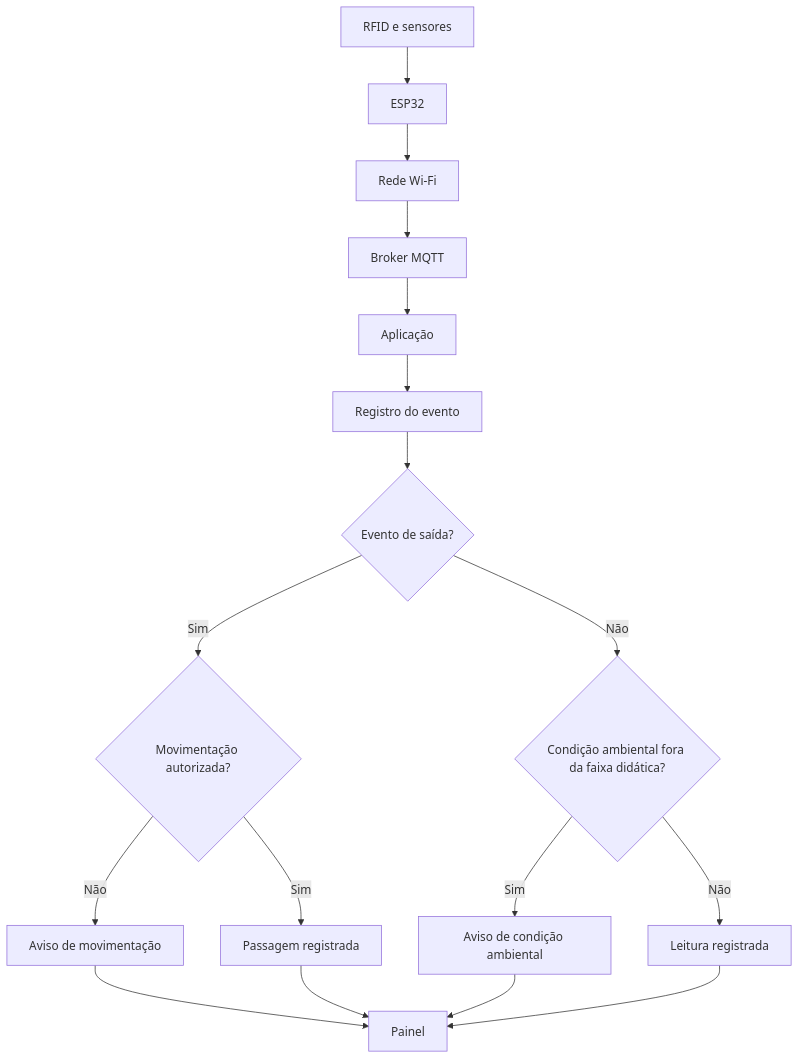
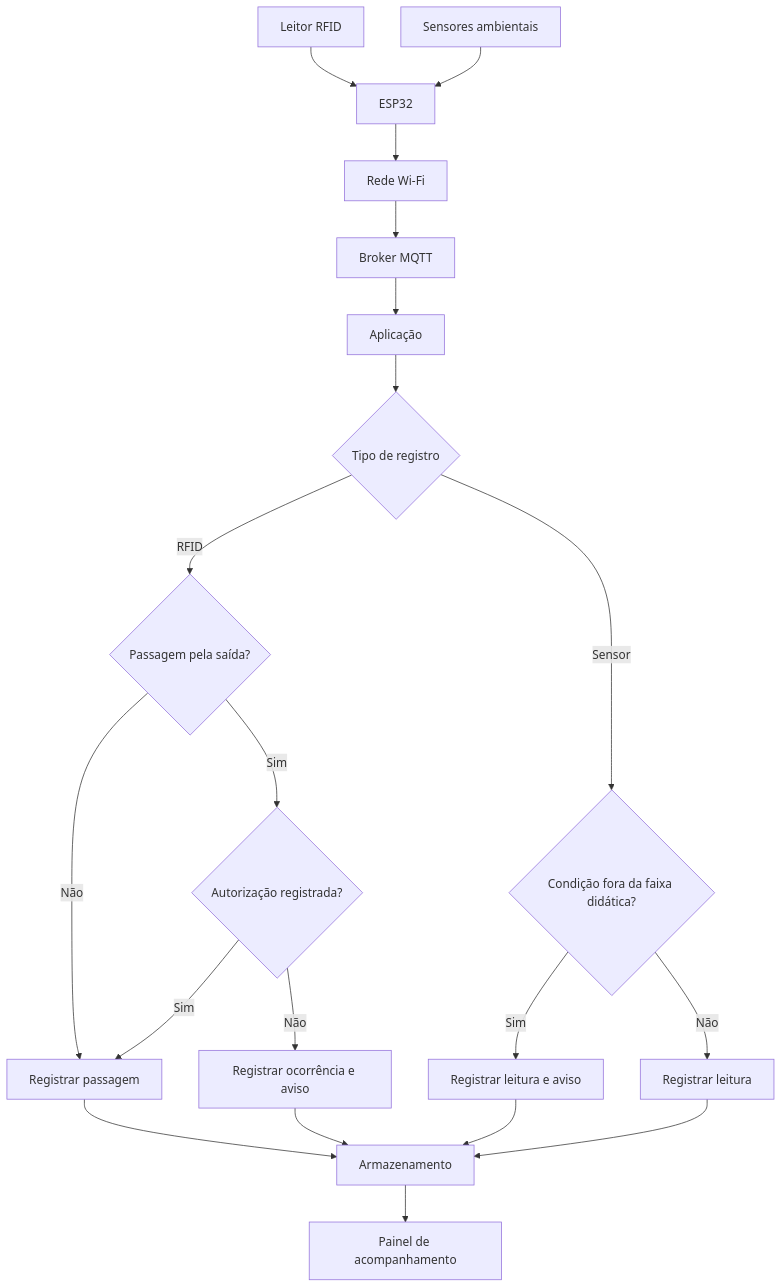
The diagram in diagramas/fluxo-de-informacoes.md (guidabuul/Trunfo-Atomico-IoT), drawn with Mermaid before and after one commit. The commit also changed other lines of this file and 3 other files, not shown here.

````diff
--- a/diagramas/fluxo-de-informacoes.md
+++ b/diagramas/fluxo-de-informacoes.md
@@ -5,19 +5,25 @@
 ```mermaid
 flowchart TD
-    A["RFID e sensores"] --> B["ESP32"]
-    B --> C["Rede Wi-Fi"]
-    C --> D["Broker MQTT"]
-    D --> E["Aplicação"]
-    E --> F["Registro do evento"]
-    F --> G{"Evento de saída?"}
-    G -->|Sim| H{"Movimentação autorizada?"}
-    H -->|Não| I["Aviso de movimentação"]
-    H -->|Sim| J["Passagem registrada"]
-    G -->|Não| K{"Condição ambiental fora da faixa didática?"}
-    K -->|Sim| L["Aviso de condição ambiental"]
-    K -->|Não| M["Leitura registrada"]
-    I --> N["Painel"]
-    J --> N
-    L --> N
-    M --> N
+    A["Leitor RFID"] --> C["ESP32"]
+    B["Sensores ambientais"] --> C
+    C --> D["Rede Wi-Fi"]
+    D --> E["Broker MQTT"]
+    E --> F["Aplicação"]
+    F --> G{"Tipo de registro"}
+
+    G -->|RFID| H{"Passagem pela saída?"}
+    H -->|Sim| I{"Autorização registrada?"}
+    H -->|Não| J["Registrar passagem"]
+    I -->|Sim| J
+    I -->|Não| K["Registrar ocorrência e aviso"]
+
+    G -->|Sensor| L{"Condição fora da faixa didática?"}
+    L -->|Sim| M["Registrar leitura e aviso"]
+    L -->|Não| N["Registrar leitura"]
+
+    J --> O["Armazenamento"]
+    K --> O
+    M --> O
+    N --> O
+    O --> P["Painel de acompanhamento"]
 ```
````
